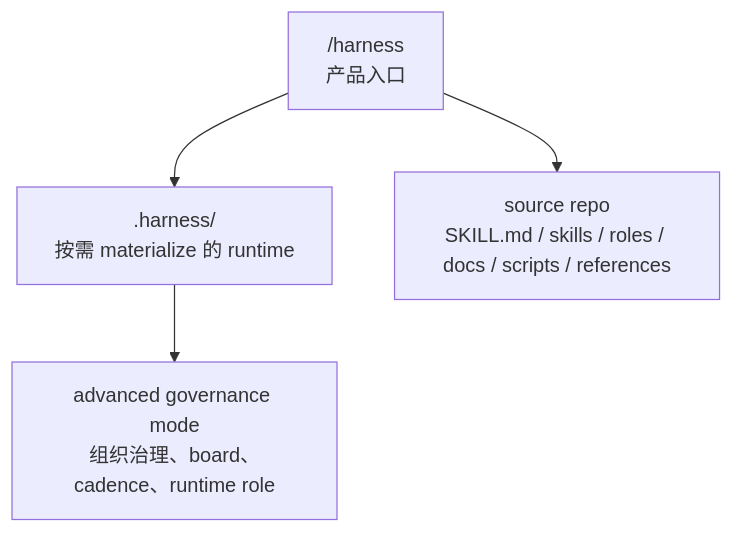
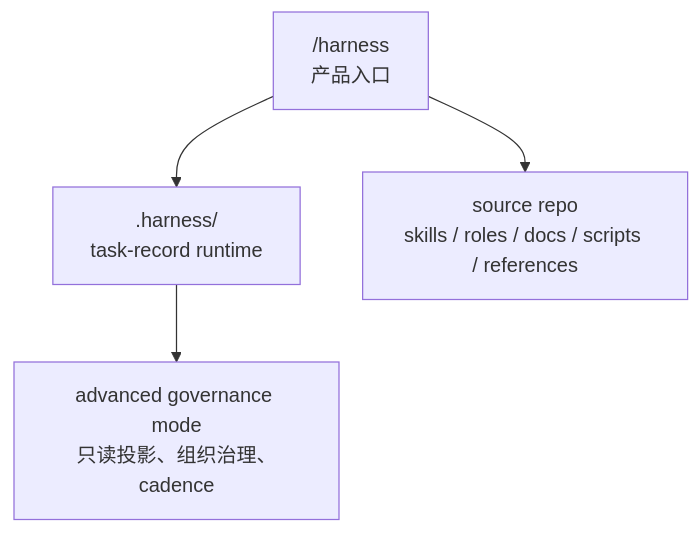
One commit to qOeOp/harness changed the diagram in README.md. Above: the diagram before and after it, drawn with Mermaid. The commit also changed other lines of this file and 133 other files, not shown here.

Commit message:
Hard-cut task-record runtime v2

````diff
--- a/README.md
+++ b/README.md
@@ -33,6 +19,6 @@
 ```mermaid
 flowchart TD
-    A["/harness<br/>产品入口"] --> B[".harness/<br/>按需 materialize 的 runtime"]
-    B --> C["advanced governance mode<br/>组织治理、board、cadence、runtime role"]
-    A --> D["source repo<br/>SKILL.md / skills / roles / docs / scripts / references"]
+    A["/harness<br/>产品入口"] --> B[".harness/<br/>task-record runtime"]
+    B --> C["advanced governance mode<br/>只读投影、组织治理、cadence"]
+    A --> D["source repo<br/>skills / roles / docs / scripts / references"]
 ```
````
